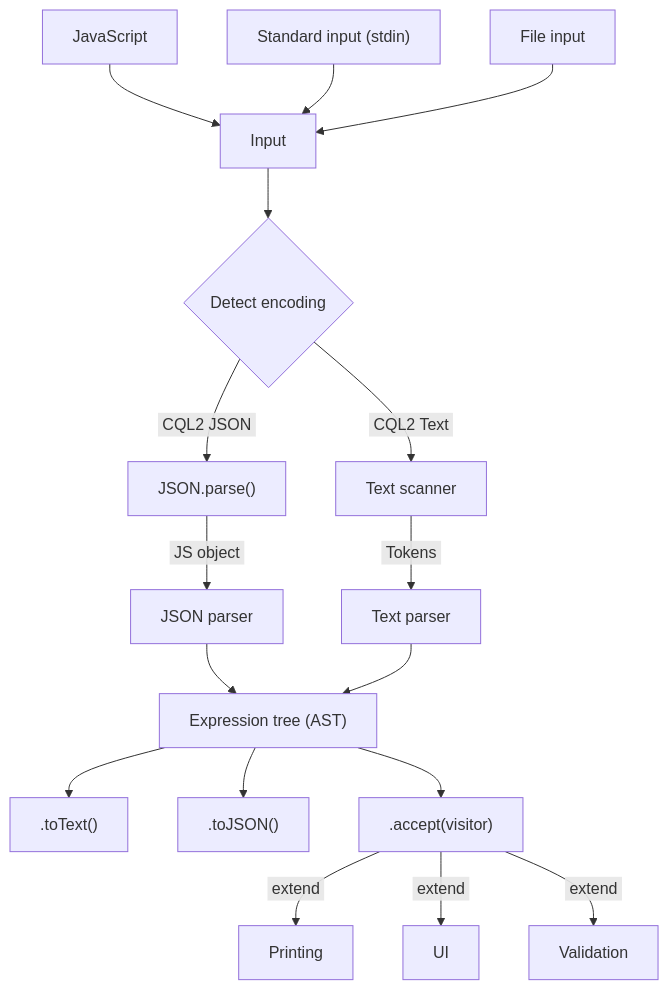
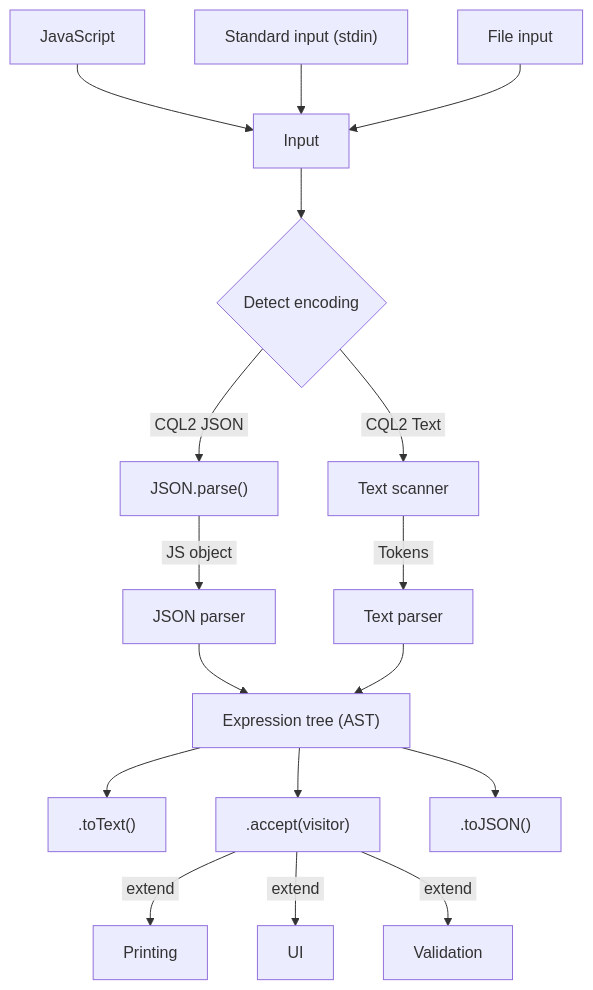
One commit to NoamRa/ogc-cql2-filters changed the diagram in README.md. Above: the diagram before and after it, drawn with Mermaid. The commit also changed other lines of this file, not shown here.

````diff
--- a/README.md
+++ b/README.md
@@ -19,27 +19,27 @@
 ```mermaid
 flowchart TD
     JS[JavaScript] --> IN[Input]
     SI["Standard input (stdin)"] --> IN[Input]
     FI[File input] --> IN[Input]
     IN --> D{Detect encoding}
 
     %% CQL2 Text
     D --> |&nbsp;CQL2 Text&nbsp;| TS[Text scanner]
     TS --> |&nbsp;Tokens&nbsp;| TP[Text parser]
 
     %% CQL2 JSON
     D --> |&nbsp;CQL2 JSON&nbsp;| JSONP["JSON.parse()"]
     JSONP --> |&nbsp;JS object&nbsp;| JP[JSON parser]
     JP --> E
-    
+
     %% Results
     TP --> E["Expression tree (AST)"]
     E --> TT[".toText()"]
+    E --> VIS[".accept(visitor)"]
     E --> TJ[".toJSON()"]
-    E --> VIS[".accept(visitor)"]
 
     %% Visitor
     VIS --> |&nbsp;extend&nbsp;| P[Printing]
     VIS --> |&nbsp;extend&nbsp;| UI[UI]
     VIS --> |&nbsp;extend&nbsp;| Val[Validation]
 ```
````
